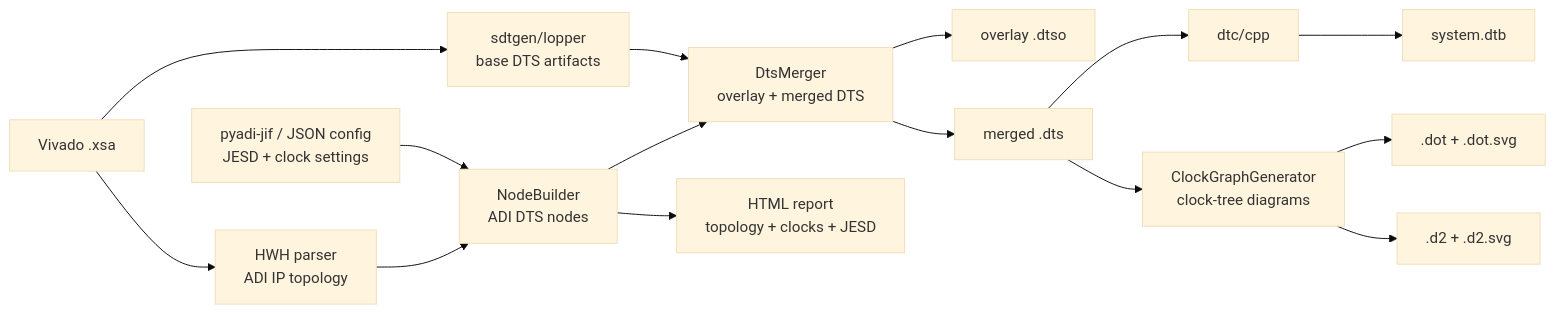
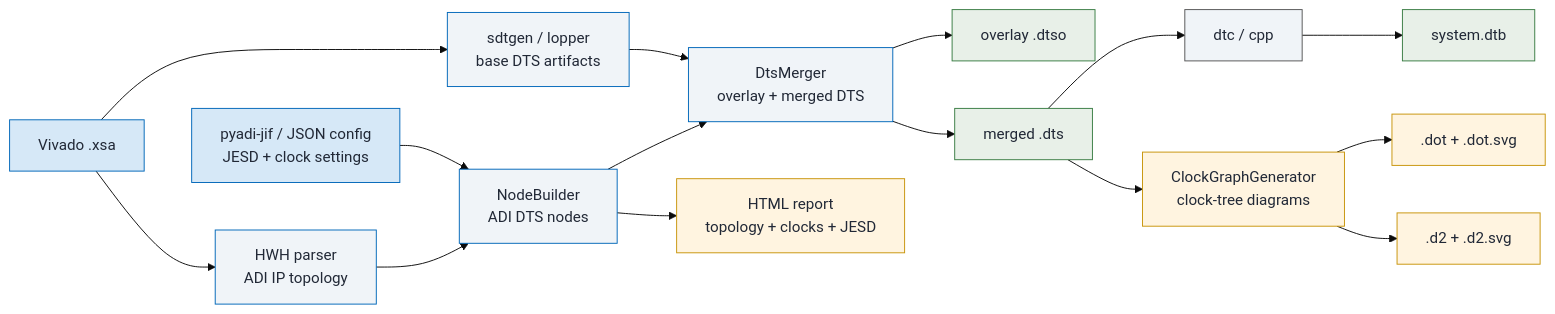
One commit to analogdevicesinc/pyadi-dt changed the first of 3 diagrams in doc/source/xsa.rst. Above: the diagram before and after it, drawn with Mermaid (base theme). The commit also changed other lines of this file, not shown here.

First line of the commit message:
docs: apply ADI mermaid theme to XSA user guide diagrams

```diff
--- a/doc/source/xsa.rst
+++ b/doc/source/xsa.rst
@@ -32,17 +32,32 @@
 .. mermaid::
 
    flowchart LR
-       XSA["Vivado .xsa"] --> SDT["sdtgen/lopper<br/>base DTS artifacts"]
+       XSA["Vivado .xsa"] --> SDT["sdtgen / lopper<br/>base DTS artifacts"]
        XSA --> HWH["HWH parser<br/>ADI IP topology"]
        CFG["pyadi-jif / JSON config<br/>JESD + clock settings"] --> NB["NodeBuilder<br/>ADI DTS nodes"]
        HWH --> NB
        SDT --> MG["DtsMerger<br/>overlay + merged DTS"]
        NB --> MG
        MG --> DTBO["overlay .dtso"]
        MG --> DTS["merged .dts"]
-       DTS --> DTC["dtc/cpp"]
+       DTS --> DTC["dtc / cpp"]
        DTC --> DTB["system.dtb"]
        NB --> REP["HTML report<br/>topology + clocks + JESD"]
        DTS --> CG["ClockGraphGenerator<br/>clock-tree diagrams"]
        CG --> DOTF[".dot + .dot.svg"]
        CG --> D2F[".d2 + .d2.svg"]
+
+       style XSA fill:#d6e8f7,stroke:#0067b9,color:#212836
+       style CFG fill:#d6e8f7,stroke:#0067b9,color:#212836
+       style SDT fill:#f0f4f8,stroke:#0067b9,color:#212836
+       style HWH fill:#f0f4f8,stroke:#0067b9,color:#212836
+       style NB fill:#f0f4f8,stroke:#0067b9,color:#212836
+       style MG fill:#f0f4f8,stroke:#0067b9,color:#212836
+       style DTC fill:#f0f4f8,stroke:#555,color:#212836
+       style DTBO fill:#e8f0e8,stroke:#3a7d44,color:#212836
+       style DTS fill:#e8f0e8,stroke:#3a7d44,color:#212836
+       style DTB fill:#e8f0e8,stroke:#3a7d44,color:#212836
+       style REP fill:#fff4e0,stroke:#c8940a,color:#212836
+       style CG fill:#fff4e0,stroke:#c8940a,color:#212836
+       style DOTF fill:#fff4e0,stroke:#c8940a,color:#212836
+       style D2F fill:#fff4e0,stroke:#c8940a,color:#212836
```
